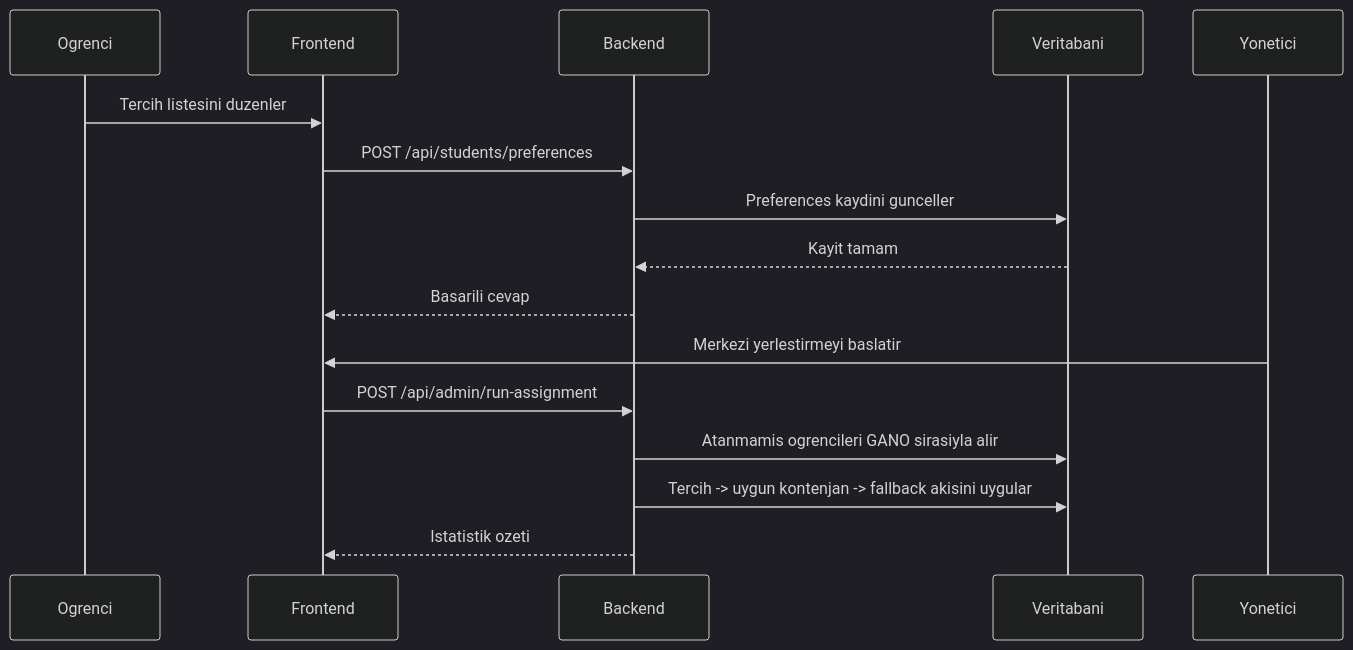
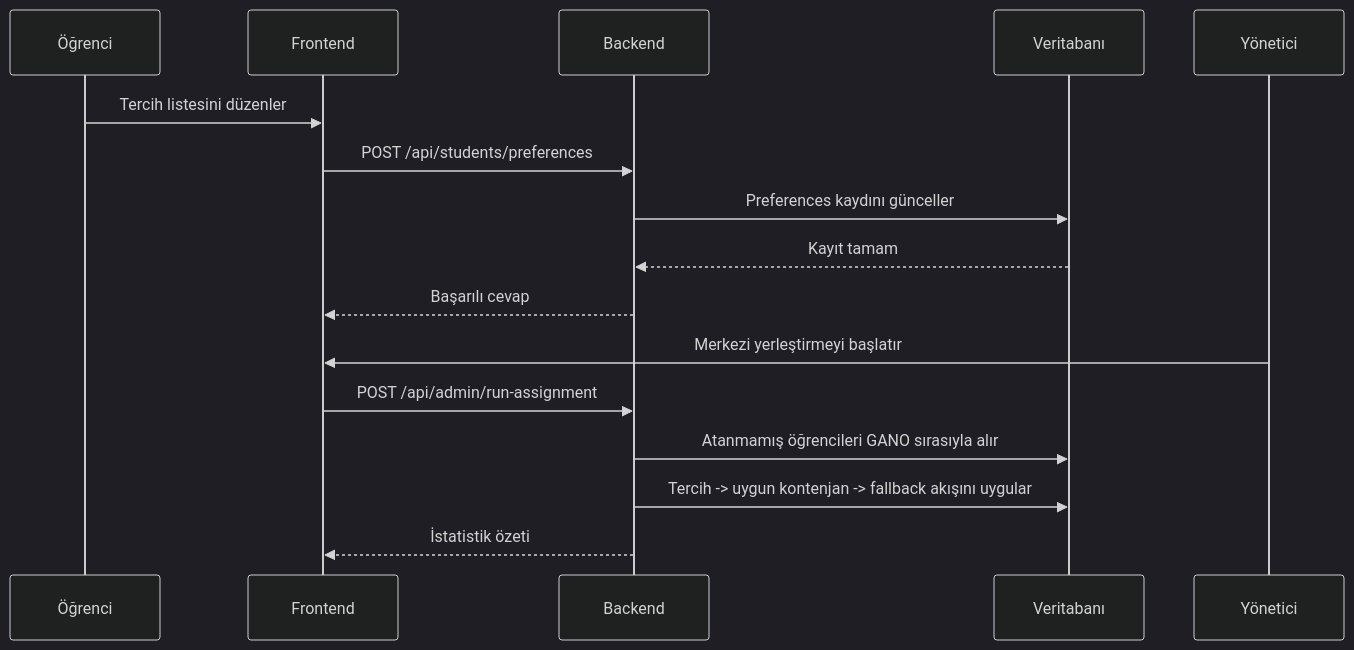
The third of 3 diagrams in README.md (pnarkz/danisman_atama), drawn with Mermaid (dark theme) before and after one commit. The commit also changed other lines of this file and 13 other files, not shown here.

````diff
--- a/README.md
+++ b/README.md
@@ -255,19 +263,19 @@
 ```mermaid
 sequenceDiagram
-    participant O as Ogrenci
+    participant O as Öğrenci
     participant F as Frontend
     participant B as Backend
-    participant DB as Veritabani
-    participant Y as Yonetici
+    participant DB as Veritabanı
+    participant Y as Yönetici
 
-    O->>F: Tercih listesini duzenler
+    O->>F: Tercih listesini düzenler
     F->>B: POST /api/students/preferences
-    B->>DB: Preferences kaydini gunceller
-    DB-->>B: Kayit tamam
-    B-->>F: Basarili cevap
-    Y->>F: Merkezi yerlestirmeyi baslatir
+    B->>DB: Preferences kaydını günceller
+    DB-->>B: Kayıt tamam
+    B-->>F: Başarılı cevap
+    Y->>F: Merkezi yerleştirmeyi başlatır
     F->>B: POST /api/admin/run-assignment
-    B->>DB: Atanmamis ogrencileri GANO sirasiyla alir
-    B->>DB: Tercih -> uygun kontenjan -> fallback akisini uygular
-    B-->>F: Istatistik ozeti
+    B->>DB: Atanmamış öğrencileri GANO sırasıyla alır
+    B->>DB: Tercih -> uygun kontenjan -> fallback akışını uygular
+    B-->>F: İstatistik özeti
 ```
````
